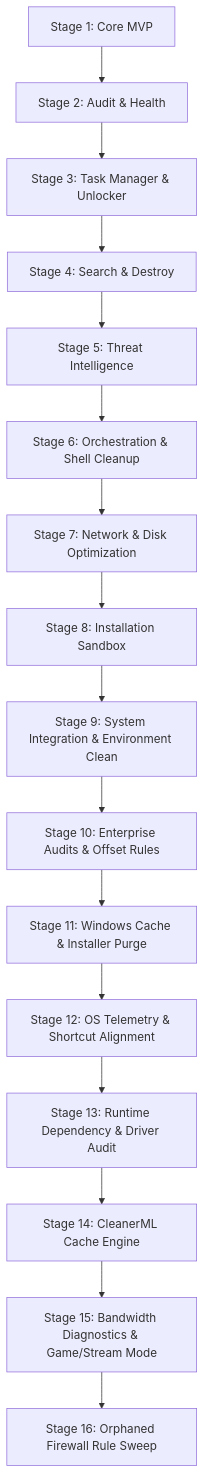
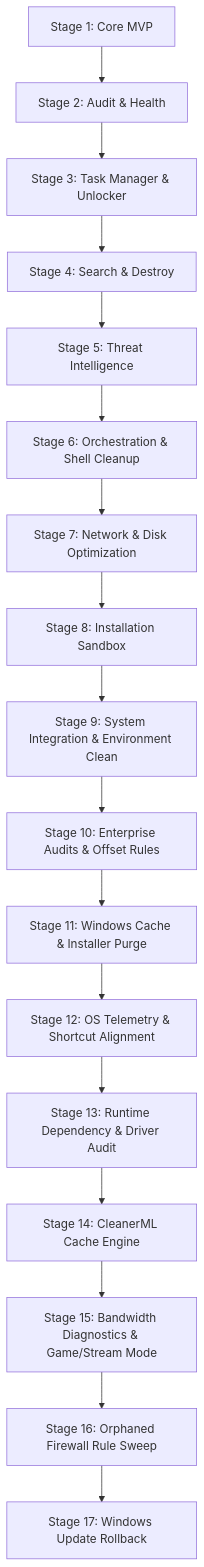
Before and after one commit to QuantumMonkey/Vanish: the diagram in docs/roadmap.md, drawn with Mermaid. The commit also changed other lines of this file and 6 other files, not shown here.

````diff
--- a/docs/roadmap.md
+++ b/docs/roadmap.md
@@ -9,18 +9,19 @@
 ```mermaid
 graph TD
     P1[Stage 1: Core MVP] --> P2[Stage 2: Audit & Health]
     P2 --> P3[Stage 3: Task Manager & Unlocker]
     P3 --> P4[Stage 4: Search & Destroy]
     P4 --> P5[Stage 5: Threat Intelligence]
     P5 --> P6[Stage 6: Orchestration & Shell Cleanup]
     P6 --> P7[Stage 7: Network & Disk Optimization]
     P7 --> P8[Stage 8: Installation Sandbox]
     P8 --> P9[Stage 9: System Integration & Environment Clean]
     P9 --> P10[Stage 10: Enterprise Audits & Offset Rules]
     P10 --> P11[Stage 11: Windows Cache & Installer Purge]
     P11 --> P12[Stage 12: OS Telemetry & Shortcut Alignment]
     P12 --> P13[Stage 13: Runtime Dependency & Driver Audit]
     P13 --> P14[Stage 14: CleanerML Cache Engine]
     P14 --> P15[Stage 15: Bandwidth Diagnostics & Game/Stream Mode]
     P15 --> P16[Stage 16: Orphaned Firewall Rule Sweep]
+    P16 --> P17[Stage 17: Windows Update Rollback]
 ```
````
